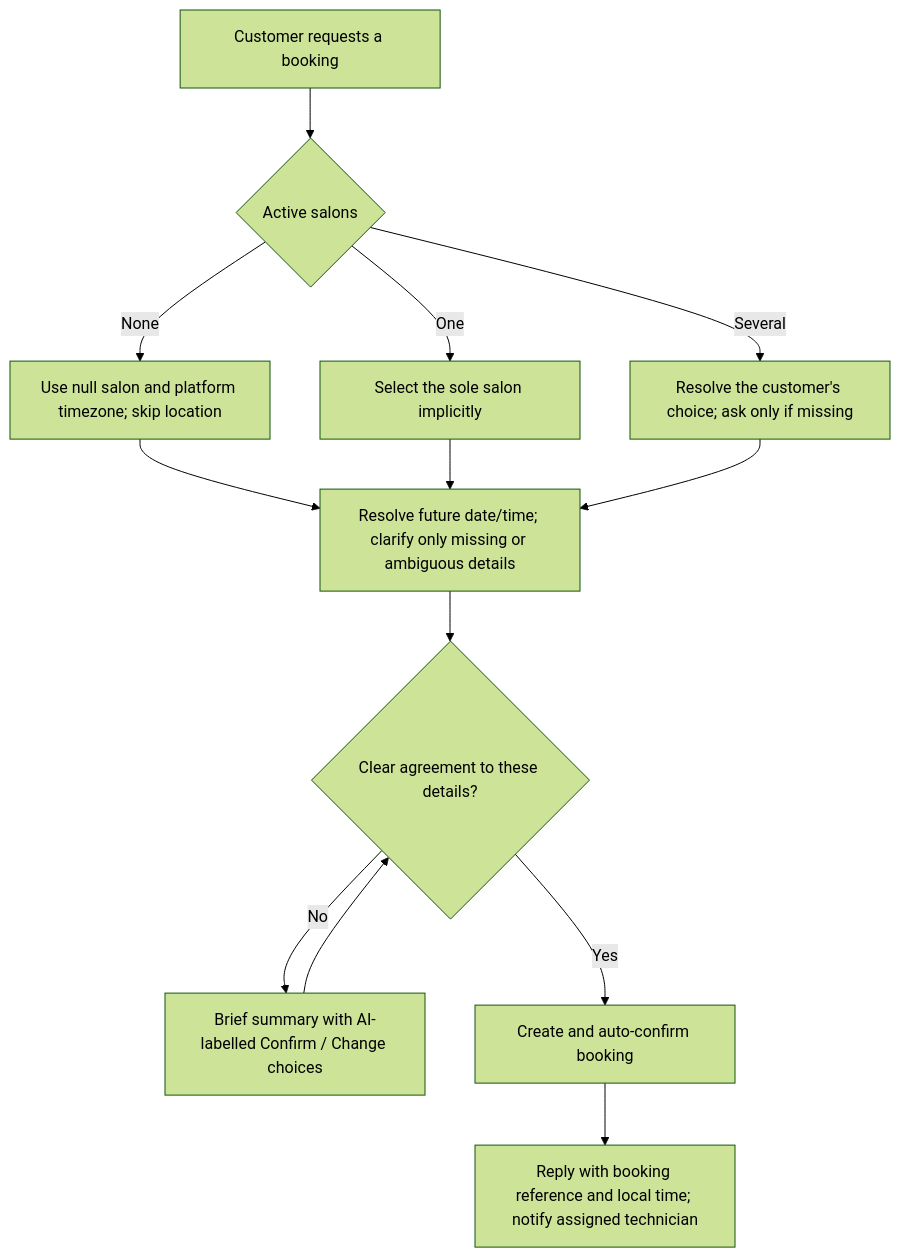
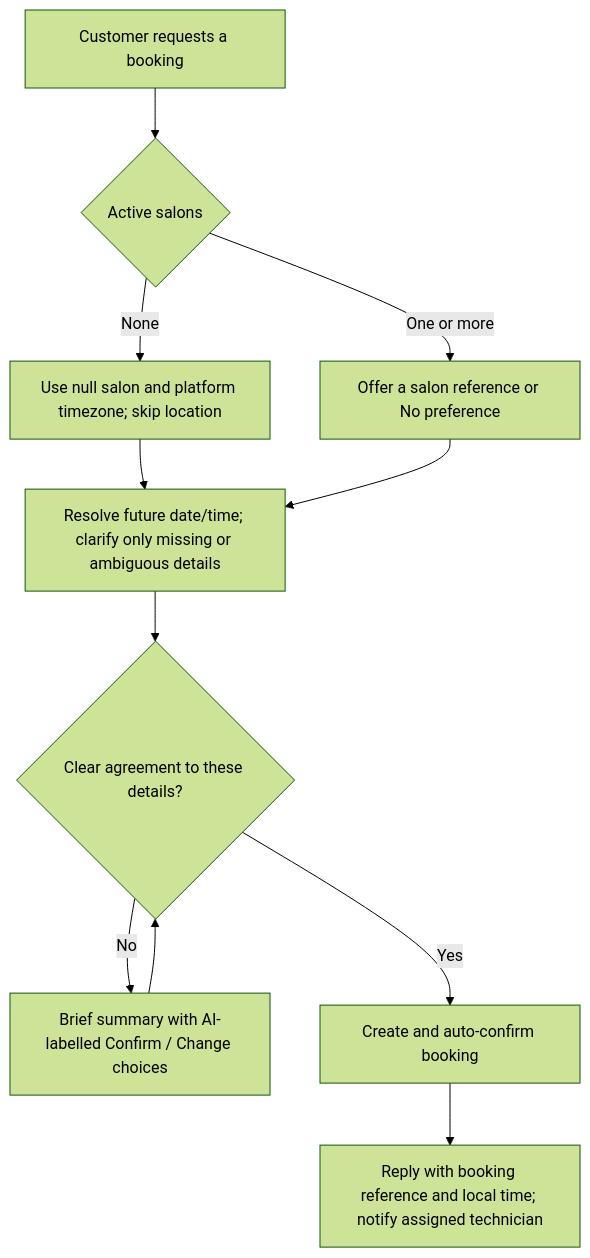
The diagram in docs/product/conversation-flows.md (klardaofficial/nail-salon-platform), drawn with Mermaid (forest theme) before and after one commit. The commit also changed other lines of this file and 8 other files, not shown here.

````diff
--- a/docs/product/conversation-flows.md
+++ b/docs/product/conversation-flows.md
@@ -13,15 +13,13 @@
 ```mermaid
 flowchart TD
   Message["Customer requests a booking"] --> Salons{"Active salons"}
   Salons -->|None| NoSalon["Use null salon and platform timezone; skip location"]
-  Salons -->|One| Sole["Select the sole salon implicitly"]
-  Salons -->|Several| Choice["Resolve the customer's choice; ask only if missing"]
+  Salons -->|One or more| Choice["Offer a salon reference or No preference"]
   NoSalon --> Time["Resolve future date/time; clarify only missing or ambiguous details"]
-  Sole --> Time
   Choice --> Time
   Time --> Agreement{"Clear agreement to these details?"}
   Agreement -->|No| Confirm["Brief summary with AI-labelled Confirm / Change choices"]
   Agreement -->|Yes| Book["Create and auto-confirm booking"]
   Confirm --> Agreement
   Book --> Receipt["Reply with booking reference and local time; notify assigned technician"]
 ```
````
